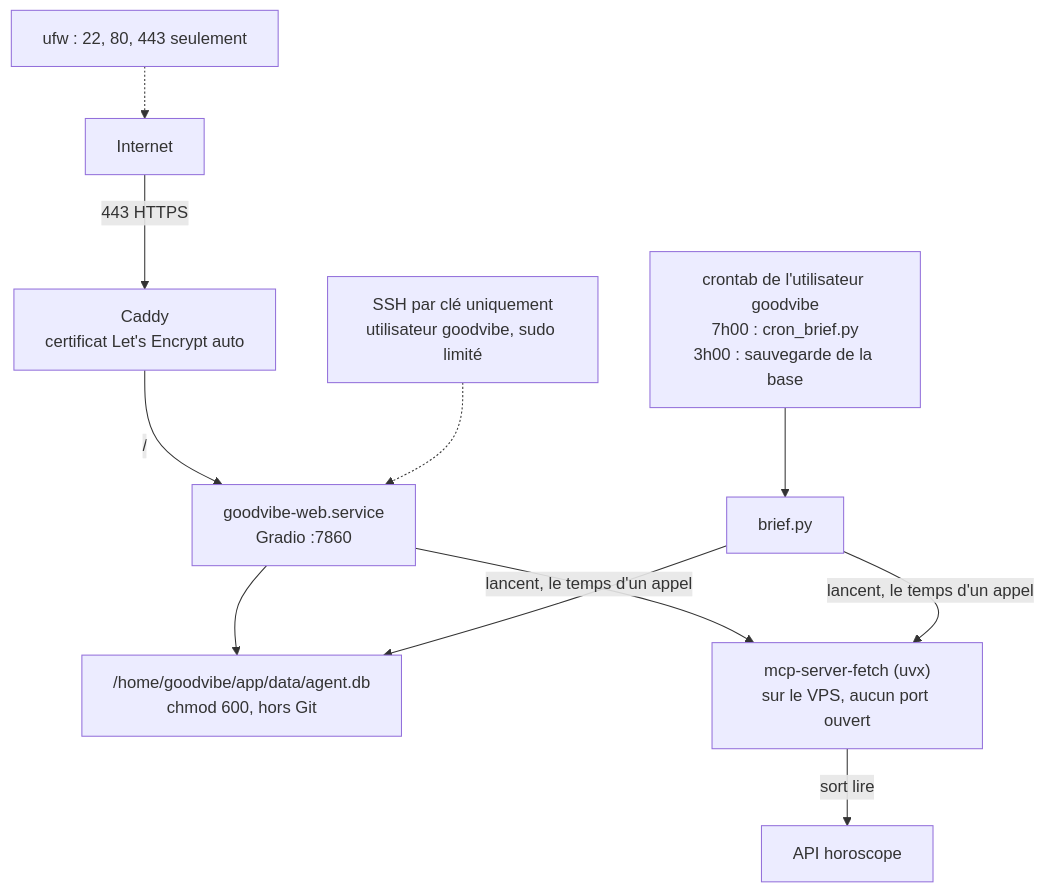
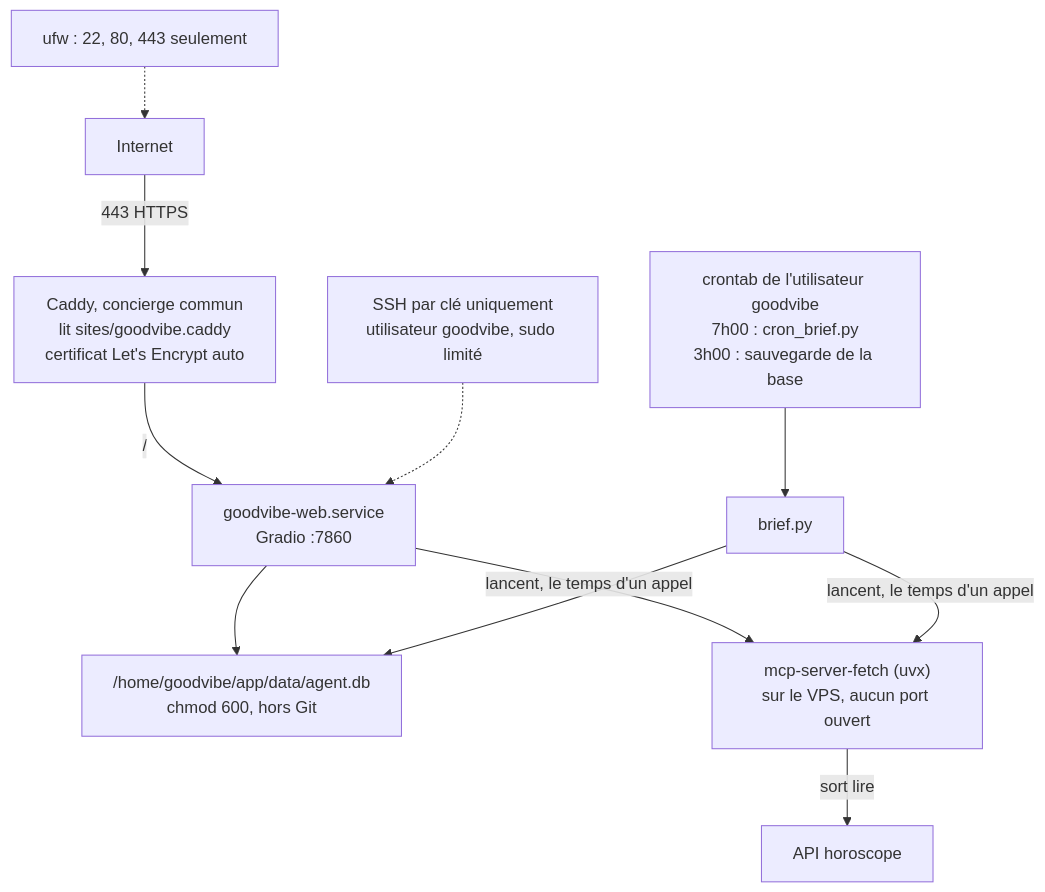
Before and after one commit to lecinquiemejour-code/goodvibe-tuto: diagram 33 of 44 in tuto-goodvibe-vibecoding.md, drawn with Mermaid. The commit also changed other lines of this file and 1 other file, not shown here.

````diff
--- a/tuto-goodvibe-vibecoding.md
+++ b/tuto-goodvibe-vibecoding.md
@@ -1436,11 +1436,11 @@
 ```mermaid
 flowchart TD
-    I["Internet"] -- "443 HTTPS" --> CD["Caddy<br/>certificat Let's Encrypt auto"]
+    I["Internet"] -- "443 HTTPS" --> CD["Caddy, concierge commun<br/>lit sites/goodvibe.caddy<br/>certificat Let's Encrypt auto"]
     CD -- "/  " --> GR["goodvibe-web.service<br/>Gradio :7860"]
     CR["crontab de l'utilisateur goodvibe<br/>7h00 : cron_brief.py<br/>3h00 : sauvegarde de la base"] --> BR["brief.py"]
     GR & BR --> DB["/home/goodvibe/app/data/agent.db<br/>chmod 600, hors Git"]
     GR & BR -- "lancent, le temps d'un appel" --> MF["mcp-server-fetch (uvx)<br/>sur le VPS, aucun port ouvert"]
     MF -- "sort lire" --> HO["API horoscope"]
     UFW["ufw : 22, 80, 443 seulement"] -.-> I
     SSH["SSH par clé uniquement<br/>utilisateur goodvibe, sudo limité"] -.-> GR
 ```
````
